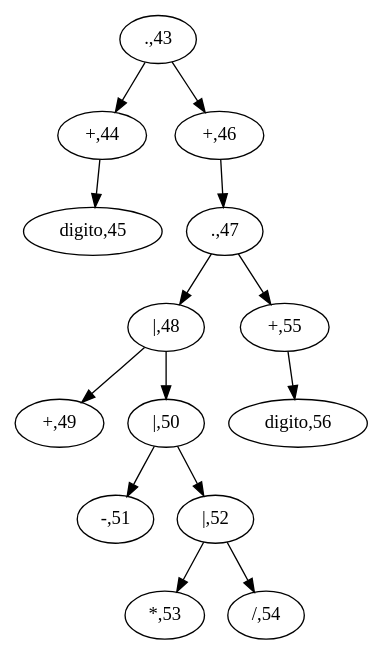
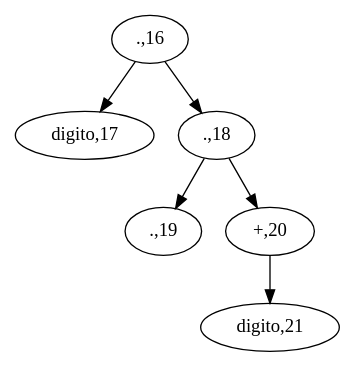
The diagram in Arboles/Arbol.dot (fraced97/Practica1_Compi1), drawn with Graphviz before and after one commit. The commit also changed 11 other files, not shown here.

```diff
--- a/Arboles/Arbol.dot
+++ b/Arboles/Arbol.dot
@@ -1,30 +1,14 @@
 digraph G {
 
-".,43";
-".,43"->"+,44";
-".,43"->"+,46";
-"+,44";
-"+,44"->"digito,45";
-"digito,45";
-"+,46";
-"+,46"->".,47";
-".,47";
-".,47"->"|,48";
-".,47"->"+,55";
-"|,48";
-"|,48"->"+,49";
-"|,48"->"|,50";
-"+,49";
-"|,50";
-"|,50"->"-,51";
-"|,50"->"|,52";
-"-,51";
-"|,52";
-"|,52"->"*,53";
-"|,52"->"/,54";
-"*,53";
-"/,54";
-"+,55";
-"+,55"->"digito,56";
-"digito,56";
+".,16";
+".,16"->"digito,17";
+".,16"->".,18";
+"digito,17";
+".,18";
+".,18"->".,19";
+".,18"->"+,20";
+".,19";
+"+,20";
+"+,20"->"digito,21";
+"digito,21";
 }
```
